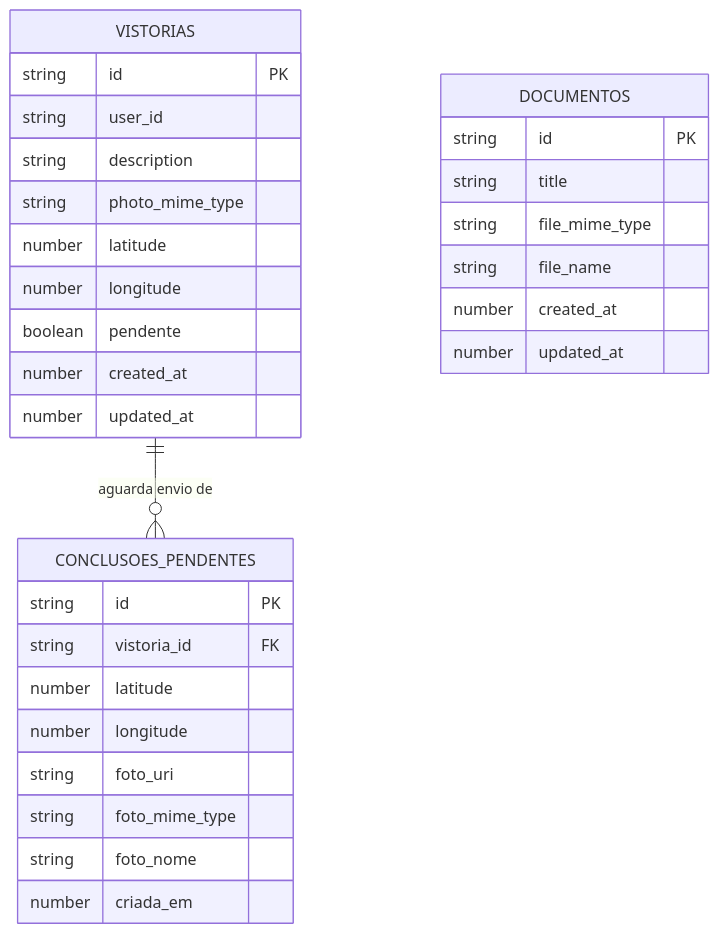
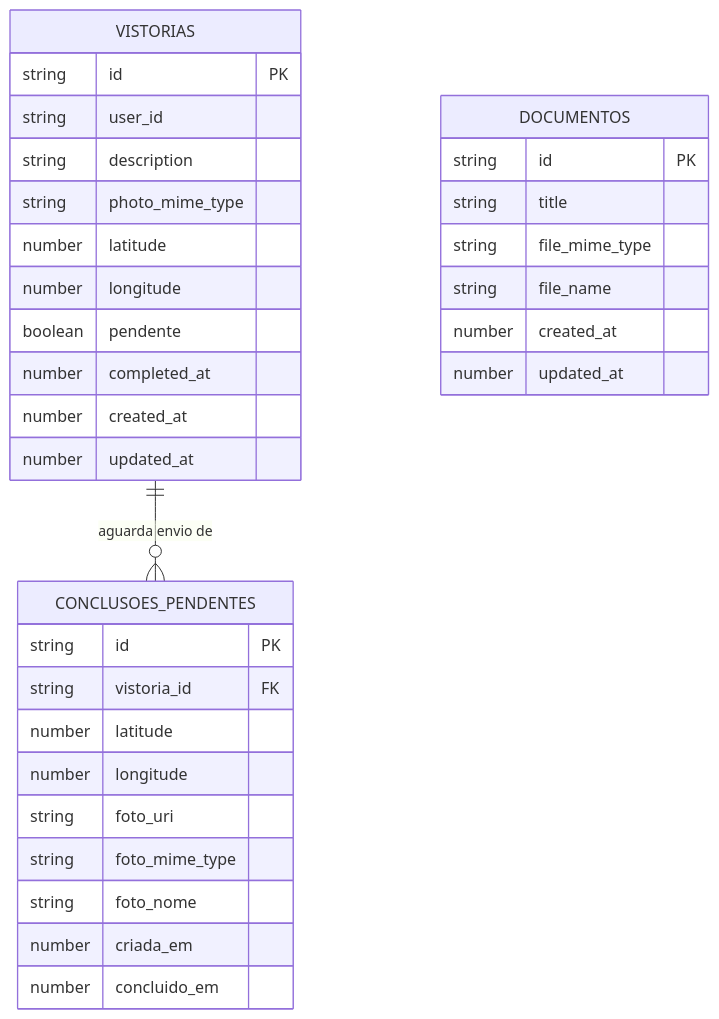
One commit to JoaoGW/Servico-Vistoria changed the second of 4 diagrams in vistoria-mobile/docs/ARQUITETURA.md. Above: the diagram before and after it, drawn with Mermaid. The commit also changed other lines of this file and 22 other files, not shown here.

````diff
--- a/vistoria-mobile/docs/ARQUITETURA.md
+++ b/vistoria-mobile/docs/ARQUITETURA.md
@@ -79,34 +79,36 @@
 ```mermaid
 erDiagram
     VISTORIAS ||--o{ CONCLUSOES_PENDENTES : "aguarda envio de"
 
     DOCUMENTOS {
       string id PK
       string title
       string file_mime_type
       string file_name
       number created_at
       number updated_at
     }
     VISTORIAS {
       string id PK
       string user_id
       string description
       string photo_mime_type
       number latitude
       number longitude
       boolean pendente
+      number completed_at
       number created_at
       number updated_at
     }
     CONCLUSOES_PENDENTES {
       string id PK
       string vistoria_id FK
       number latitude
       number longitude
       string foto_uri
       string foto_mime_type
       string foto_nome
       number criada_em
+      number concluido_em
     }
 ```
````
